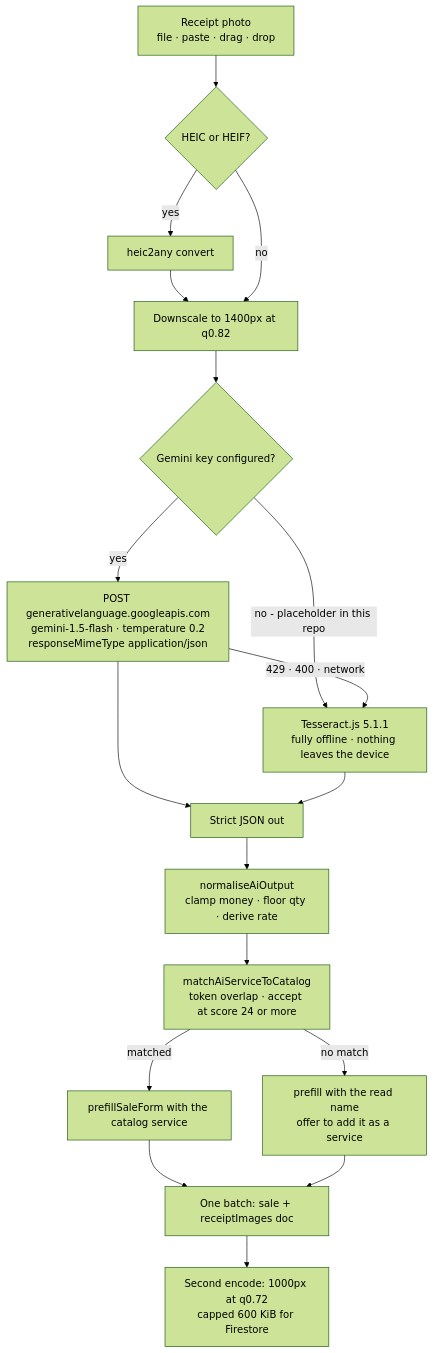
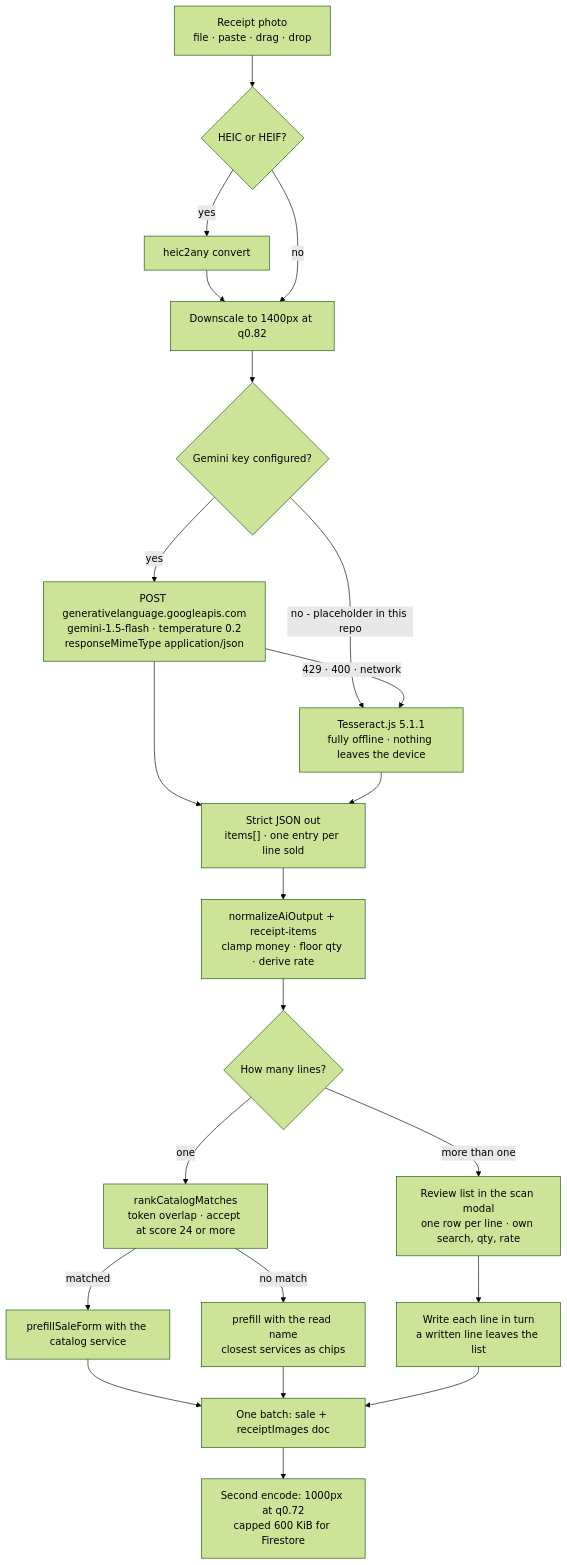
One commit to arshinmrelju/leadger changed the first of 7 diagrams in README.md. Above: the diagram before and after it, drawn with Mermaid (forest theme). The commit also changed other lines of this file and 11 other files, not shown here.

````diff
--- a/README.md
+++ b/README.md
@@ -288,19 +289,23 @@
 ```mermaid
 flowchart TD
     A["Receipt photo<br/>file · paste · drag · drop"] --> B{"HEIC or HEIF?"}
     B -- yes --> B1["heic2any convert"] --> C["Downscale to 1400px at q0.82"]
     B -- no --> C
     C --> D{"Gemini key configured?"}
     D -- yes --> E["POST generativelanguage.googleapis.com<br/>gemini-1.5-flash · temperature 0.2<br/>responseMimeType application/json"]
     D -- "no - placeholder in this repo" --> F["Tesseract.js 5.1.1<br/>fully offline · nothing leaves the device"]
     E -- "429 · 400 · network" --> F
-    E --> G["Strict JSON out"]
+    E --> G["Strict JSON out<br/>items[] · one entry per line sold"]
     F --> G
-    G --> H["normaliseAiOutput<br/>clamp money · floor qty · derive rate"]
-    H --> I["matchAiServiceToCatalog<br/>token overlap · accept at score 24 or more"]
-    I -- "matched" --> J["prefillSaleForm with the catalog service"]
-    I -- "no match" --> K["prefill with the read name<br/>offer to add it as a service"]
-    J --> L["One batch: sale + receiptImages doc"]
-    K --> L
+    G --> H["normalizeAiOutput + receipt-items<br/>clamp money · floor qty · derive rate"]
+    H --> I{"How many lines?"}
+    I -- "more than one" --> R["Review list in the scan modal<br/>one row per line · own search, qty, rate"]
+    I -- one --> J["rankCatalogMatches<br/>token overlap · accept at score 24 or more"]
+    J -- "matched" --> K["prefillSaleForm with the catalog service"]
+    J -- "no match" --> K2["prefill with the read name<br/>closest services as chips"]
+    K --> L["One batch: sale + receiptImages doc"]
+    K2 --> L
+    R --> S["Write each line in turn<br/>a written line leaves the list"]
+    S --> L
     L --> M["Second encode: 1000px at q0.72<br/>capped 600 KiB for Firestore"]
 ```
````
